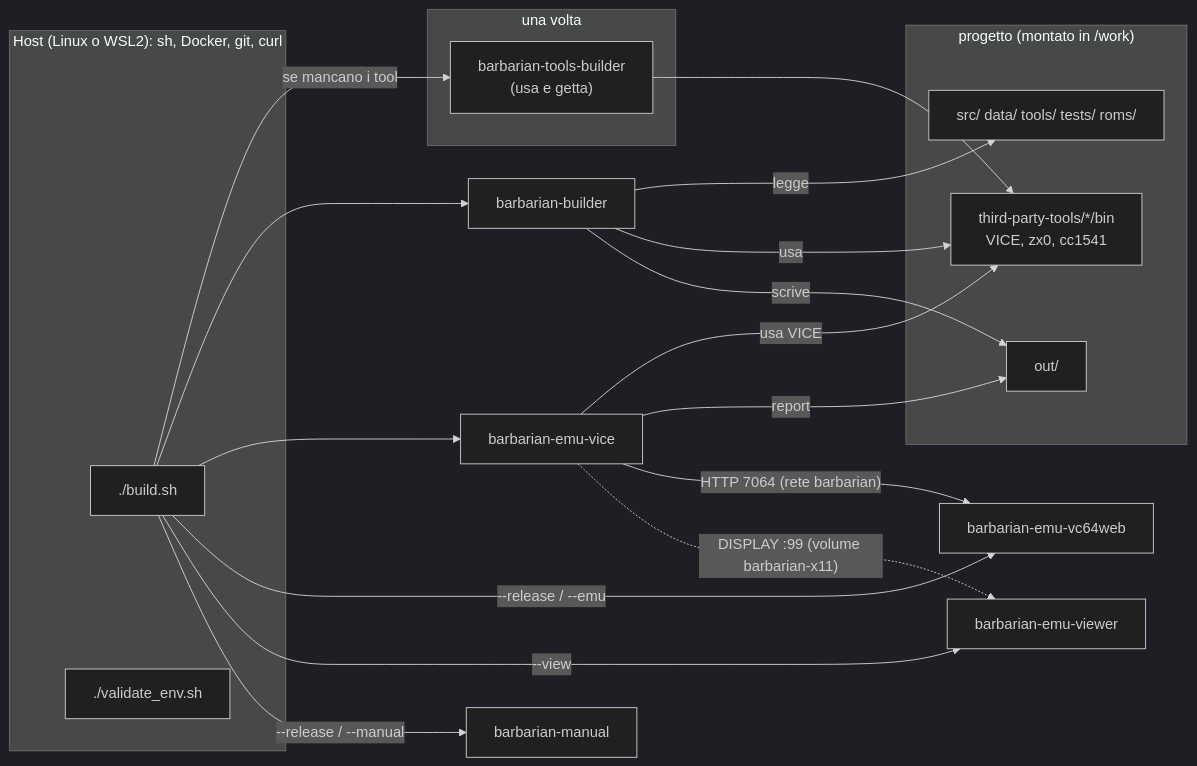
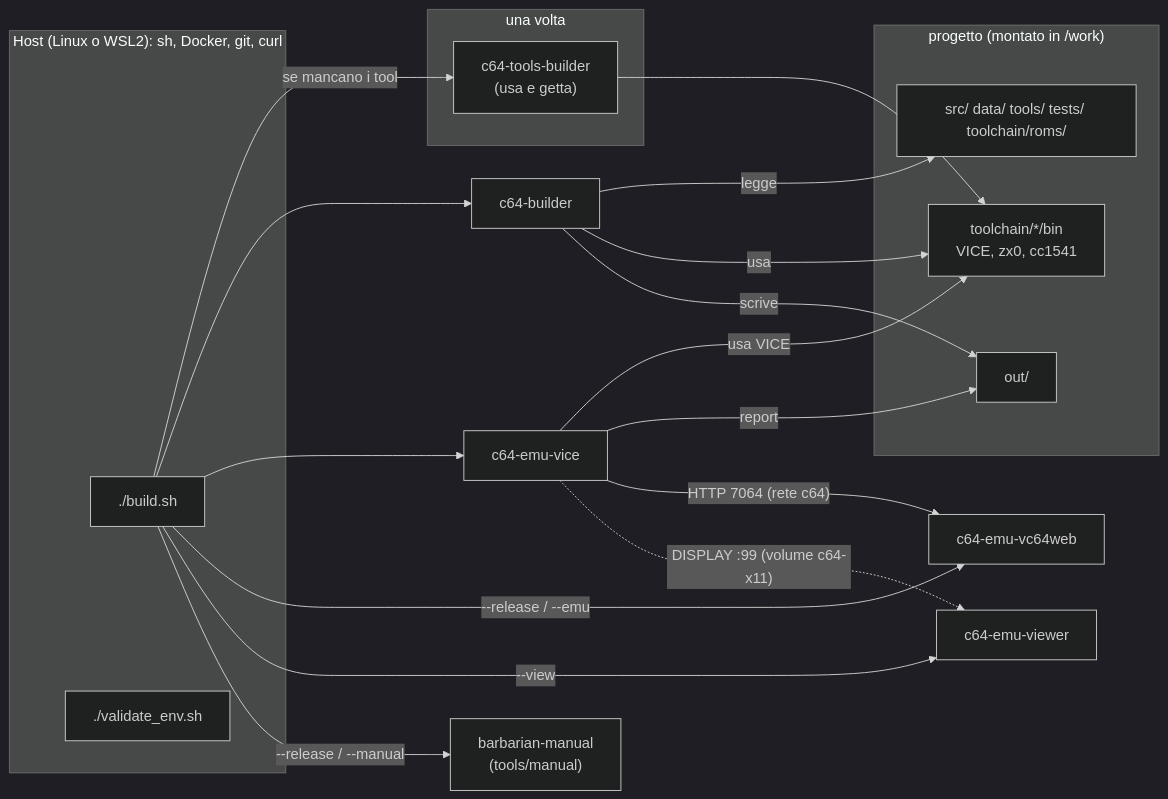
One commit to caporalesimone/barbarian-the-blood-path changed the first of 3 diagrams in docs/getting-started.md. Above: the diagram before and after it, drawn with Mermaid (dark theme). The commit also changed other lines of this file and 209 other files, not shown here.

````diff
--- a/docs/getting-started.md
+++ b/docs/getting-started.md
@@ -52,28 +58,28 @@
 ```mermaid
 flowchart LR
   subgraph host["Host (Linux o WSL2): sh, Docker, git, curl"]
     B["./build.sh"]
     V["./validate_env.sh"]
   end
   subgraph once["una volta"]
-    TB["barbarian-tools-builder<br/>(usa e getta)"]
+    TB["c64-tools-builder<br/>(usa e getta)"]
   end
   subgraph proj["progetto (montato in /work)"]
-    TP["third-party-tools/*/bin<br/>VICE, zx0, cc1541"]
-    SRC["src/ data/ tools/ tests/ roms/"]
+    TP["toolchain/*/bin<br/>VICE, zx0, cc1541"]
+    SRC["src/ data/ tools/ tests/ toolchain/roms/"]
     OUT["out/"]
   end
   B -->|"se mancano i tool"| TB --> TP
-  B --> BL["barbarian-builder"]
-  B --> EV["barbarian-emu-vice"]
-  B -->|"--release / --emu"| EW["barbarian-emu-vc64web"]
-  B -->|"--view"| VW["barbarian-emu-viewer"]
-  B -->|"--release / --manual"| MA["barbarian-manual"]
+  B --> BL["c64-builder"]
+  B --> EV["c64-emu-vice"]
+  B -->|"--release / --emu"| EW["c64-emu-vc64web"]
+  B -->|"--view"| VW["c64-emu-viewer"]
+  B -->|"--release / --manual"| MA["barbarian-manual<br/>(tools/manual)"]
   BL -->|"legge"| SRC
   BL -->|"usa"| TP
   BL -->|"scrive"| OUT
   EV -->|"usa VICE"| TP
   EV -->|"report"| OUT
-  EV -->|"HTTP 7064 (rete barbarian)"| EW
-  EV -.->|"DISPLAY :99 (volume barbarian-x11)"| VW
+  EV -->|"HTTP 7064 (rete c64)"| EW
+  EV -.->|"DISPLAY :99 (volume c64-x11)"| VW
 ```
````
